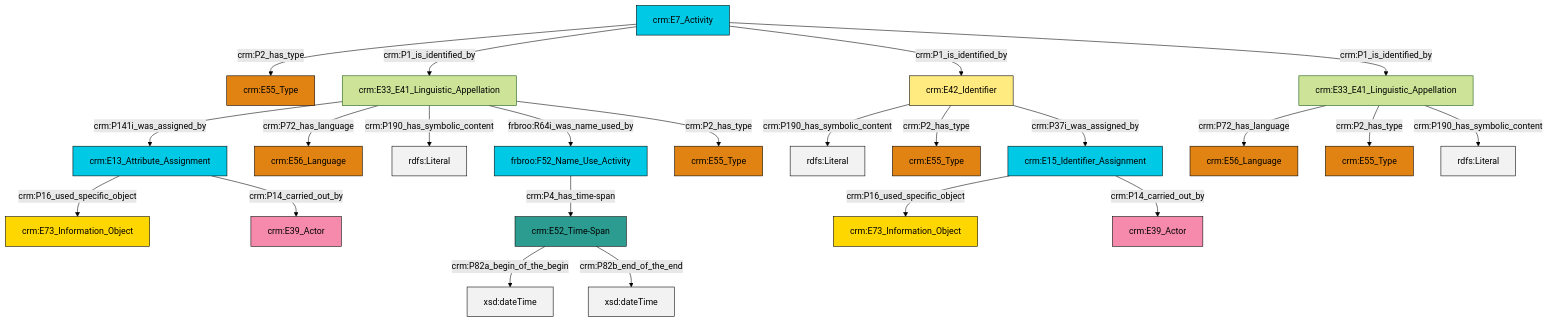
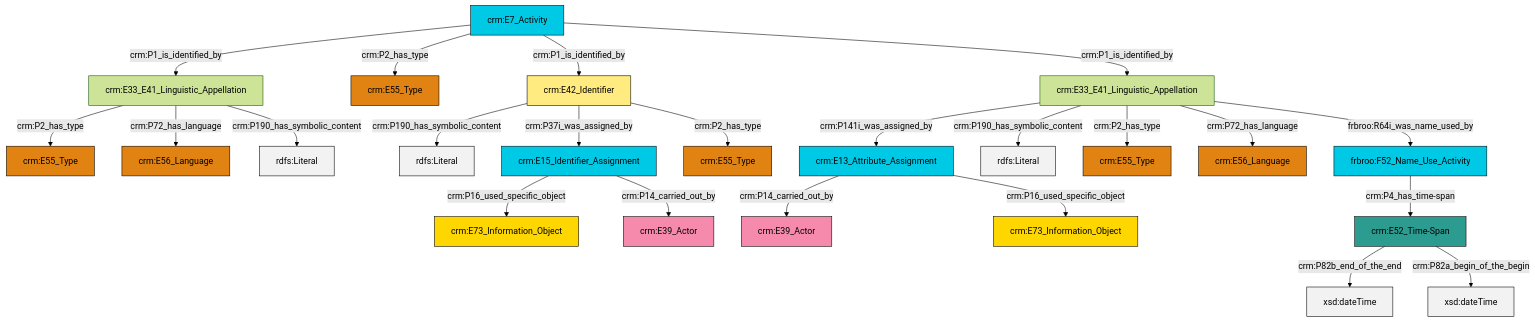
One commit to swiss-art-research-net/reference-data-models changed the diagram in et/eventCSV/ttl/mmd/event_name.ttl.mmd. Above: the diagram before and after it, drawn with Mermaid (forest theme). The commit also changed 126 other files, not shown here.

```diff
--- a/et/eventCSV/ttl/mmd/event_name.ttl.mmd
+++ b/et/eventCSV/ttl/mmd/event_name.ttl.mmd
@@ -1,37 +1,37 @@
 graph TD
 classDef Literal fill:#f2f2f2,stroke:#000000;
 classDef CRM_Entity fill:#FFFFFF,stroke:#000000;
 classDef Temporal_Entity fill:#00C9E6, stroke:#000000;
 classDef Type fill:#E18312, stroke:#000000;
 classDef Time-Span fill:#2C9C91, stroke:#000000;
 classDef Appellation fill:#FFEB7F, stroke:#000000;
 classDef Place fill:#008836, stroke:#000000;
 classDef Persistent_Item fill:#B266B2, stroke:#000000;
 classDef Conceptual_Object fill:#FFD700, stroke:#000000;
 classDef Physical_Thing fill:#D2B48C, stroke:#000000;
 classDef Actor fill:#f58aad, stroke:#000000;
 classDef PC_Classes fill:#4ce600, stroke:#000000;
 classDef Multi fill:#cccccc,stroke:#000000;
 
-2["crm:E7_Activity"]:::Temporal_Entity -->|crm:P2_has_type| 3["crm:E55_Type"]:::Type
-8["crm:E15_Identifier_Assignment"]:::Temporal_Entity -->|crm:P16_used_specific_object| 9["crm:E73_Information_Object"]:::Conceptual_Object
-4["crm:E42_Identifier"]:::Appellation -->|crm:P190_has_symbolic_content| 10[rdfs:Literal]:::Literal
-11["crm:E52_Time-Span"]:::Time-Span -->|crm:P82a_begin_of_the_begin| 12[xsd:dateTime]:::Literal
-2["crm:E7_Activity"]:::Temporal_Entity -->|crm:P1_is_identified_by| 6["crm:E33_E41_Linguistic_Appellation"]:::Default
-18["frbroo:F52_Name_Use_Activity"]:::Temporal_Entity -->|crm:P4_has_time-span| 11["crm:E52_Time-Span"]:::Time-Span
-6["crm:E33_E41_Linguistic_Appellation"]:::Default -->|crm:P141i_was_assigned_by| 13["crm:E13_Attribute_Assignment"]:::Temporal_Entity
-20["crm:E33_E41_Linguistic_Appellation"]:::Default -->|crm:P72_has_language| 15["crm:E56_Language"]:::Type
-4["crm:E42_Identifier"]:::Appellation -->|crm:P2_has_type| 25["crm:E55_Type"]:::Type
-6["crm:E33_E41_Linguistic_Appellation"]:::Default -->|crm:P72_has_language| 27["crm:E56_Language"]:::Type
-2["crm:E7_Activity"]:::Temporal_Entity -->|crm:P1_is_identified_by| 4["crm:E42_Identifier"]:::Appellation
-20["crm:E33_E41_Linguistic_Appellation"]:::Default -->|crm:P2_has_type| 29["crm:E55_Type"]:::Type
-6["crm:E33_E41_Linguistic_Appellation"]:::Default -->|crm:P190_has_symbolic_content| 31[rdfs:Literal]:::Literal
-6["crm:E33_E41_Linguistic_Appellation"]:::Default -->|frbroo:R64i_was_name_used_by| 18["frbroo:F52_Name_Use_Activity"]:::Temporal_Entity
-8["crm:E15_Identifier_Assignment"]:::Temporal_Entity -->|crm:P14_carried_out_by| 0["crm:E39_Actor"]:::Actor
-4["crm:E42_Identifier"]:::Appellation -->|crm:P37i_was_assigned_by| 8["crm:E15_Identifier_Assignment"]:::Temporal_Entity
-2["crm:E7_Activity"]:::Temporal_Entity -->|crm:P1_is_identified_by| 20["crm:E33_E41_Linguistic_Appellation"]:::Default
-13["crm:E13_Attribute_Assignment"]:::Temporal_Entity -->|crm:P16_used_specific_object| 32["crm:E73_Information_Object"]:::Conceptual_Object
-20["crm:E33_E41_Linguistic_Appellation"]:::Default -->|crm:P190_has_symbolic_content| 39[rdfs:Literal]:::Literal
-13["crm:E13_Attribute_Assignment"]:::Temporal_Entity -->|crm:P14_carried_out_by| 36["crm:E39_Actor"]:::Actor
-6["crm:E33_E41_Linguistic_Appellation"]:::Default -->|crm:P2_has_type| 22["crm:E55_Type"]:::Type
-11["crm:E52_Time-Span"]:::Time-Span -->|crm:P82b_end_of_the_end| 40[xsd:dateTime]:::Literal
+0["crm:E33_E41_Linguistic_Appellation"]:::Default -->|crm:P141i_was_assigned_by| 1["crm:E13_Attribute_Assignment"]:::Temporal_Entity
+0["crm:E33_E41_Linguistic_Appellation"]:::Default -->|crm:P190_has_symbolic_content| 2[rdfs:Literal]:::Literal
+3["crm:E33_E41_Linguistic_Appellation"]:::Default -->|crm:P2_has_type| 4["crm:E55_Type"]:::Type
+3["crm:E33_E41_Linguistic_Appellation"]:::Default -->|crm:P72_has_language| 5["crm:E56_Language"]:::Type
+14["crm:E42_Identifier"]:::Appellation -->|crm:P190_has_symbolic_content| 15[rdfs:Literal]:::Literal
+16["frbroo:F52_Name_Use_Activity"]:::Temporal_Entity -->|crm:P4_has_time-span| 17["crm:E52_Time-Span"]:::Time-Span
+22["crm:E7_Activity"]:::Temporal_Entity -->|crm:P1_is_identified_by| 3["crm:E33_E41_Linguistic_Appellation"]:::Default
+0["crm:E33_E41_Linguistic_Appellation"]:::Default -->|crm:P2_has_type| 6["crm:E55_Type"]:::Type
+3["crm:E33_E41_Linguistic_Appellation"]:::Default -->|crm:P190_has_symbolic_content| 24[rdfs:Literal]:::Literal
+22["crm:E7_Activity"]:::Temporal_Entity -->|crm:P2_has_type| 12["crm:E55_Type"]:::Type
+22["crm:E7_Activity"]:::Temporal_Entity -->|crm:P1_is_identified_by| 14["crm:E42_Identifier"]:::Appellation
+27["crm:E15_Identifier_Assignment"]:::Temporal_Entity -->|crm:P16_used_specific_object| 20["crm:E73_Information_Object"]:::Conceptual_Object
+22["crm:E7_Activity"]:::Temporal_Entity -->|crm:P1_is_identified_by| 0["crm:E33_E41_Linguistic_Appellation"]:::Default
+0["crm:E33_E41_Linguistic_Appellation"]:::Default -->|crm:P72_has_language| 28["crm:E56_Language"]:::Type
+27["crm:E15_Identifier_Assignment"]:::Temporal_Entity -->|crm:P14_carried_out_by| 25["crm:E39_Actor"]:::Actor
+14["crm:E42_Identifier"]:::Appellation -->|crm:P37i_was_assigned_by| 27["crm:E15_Identifier_Assignment"]:::Temporal_Entity
+17["crm:E52_Time-Span"]:::Time-Span -->|crm:P82b_end_of_the_end| 35[xsd:dateTime]:::Literal
+1["crm:E13_Attribute_Assignment"]:::Temporal_Entity -->|crm:P14_carried_out_by| 32["crm:E39_Actor"]:::Actor
+0["crm:E33_E41_Linguistic_Appellation"]:::Default -->|frbroo:R64i_was_name_used_by| 16["frbroo:F52_Name_Use_Activity"]:::Temporal_Entity
+1["crm:E13_Attribute_Assignment"]:::Temporal_Entity -->|crm:P16_used_specific_object| 10["crm:E73_Information_Object"]:::Conceptual_Object
+14["crm:E42_Identifier"]:::Appellation -->|crm:P2_has_type| 8["crm:E55_Type"]:::Type
+17["crm:E52_Time-Span"]:::Time-Span -->|crm:P82a_begin_of_the_begin| 40[xsd:dateTime]:::Literal
```
